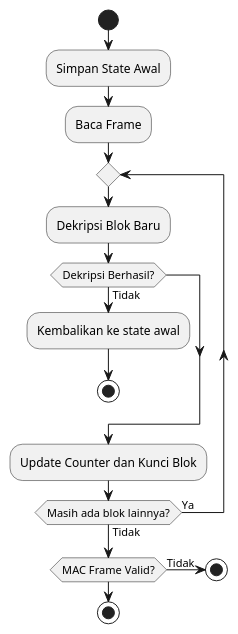
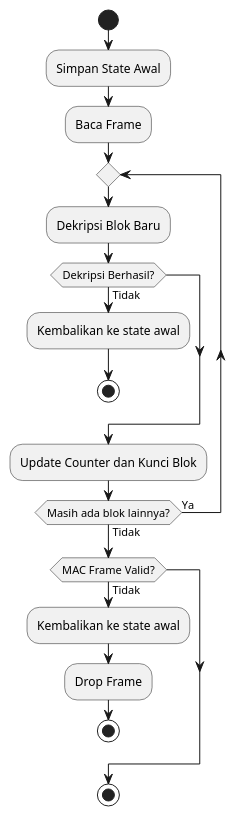
The diagram in resources/ch-3/dec.plantuml (bayusamudra5502/ta-kriptografi), drawn with PlantUML before and after one commit. The commit also changed 1 other file, not shown here.

Commit message:
Update frame

```diff
--- a/resources/ch-3/dec.plantuml
+++ b/resources/ch-3/dec.plantuml
@@ -1,26 +1,28 @@
 @startuml ""
 
 start
 
 :Simpan State Awal;
 :Baca Frame;
 
 
 repeat
   :Dekripsi Blok Baru;
 
   if (Dekripsi Berhasil?) then (Tidak)
     :Kembalikan ke state awal;
     stop;
   endif
 
   :Update Counter dan Kunci Blok;
 repeat while (Masih ada blok lainnya?) is (Ya) not (Tidak)
 
 if (MAC Frame Valid?) then (Tidak)
+  :Kembalikan ke state awal;
+  :Drop Frame;
   stop;
 endif
 
 stop
 
 @enduml
```
